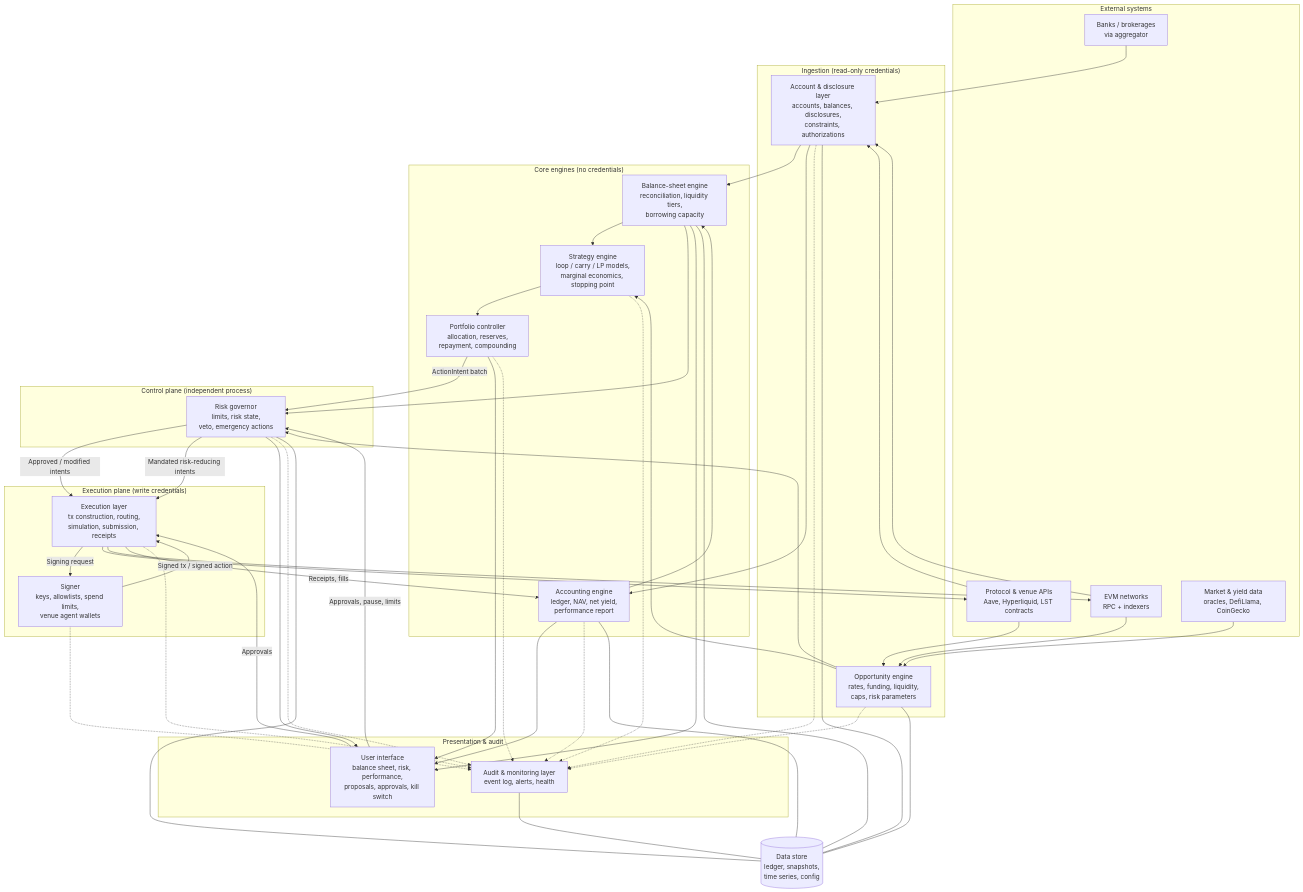
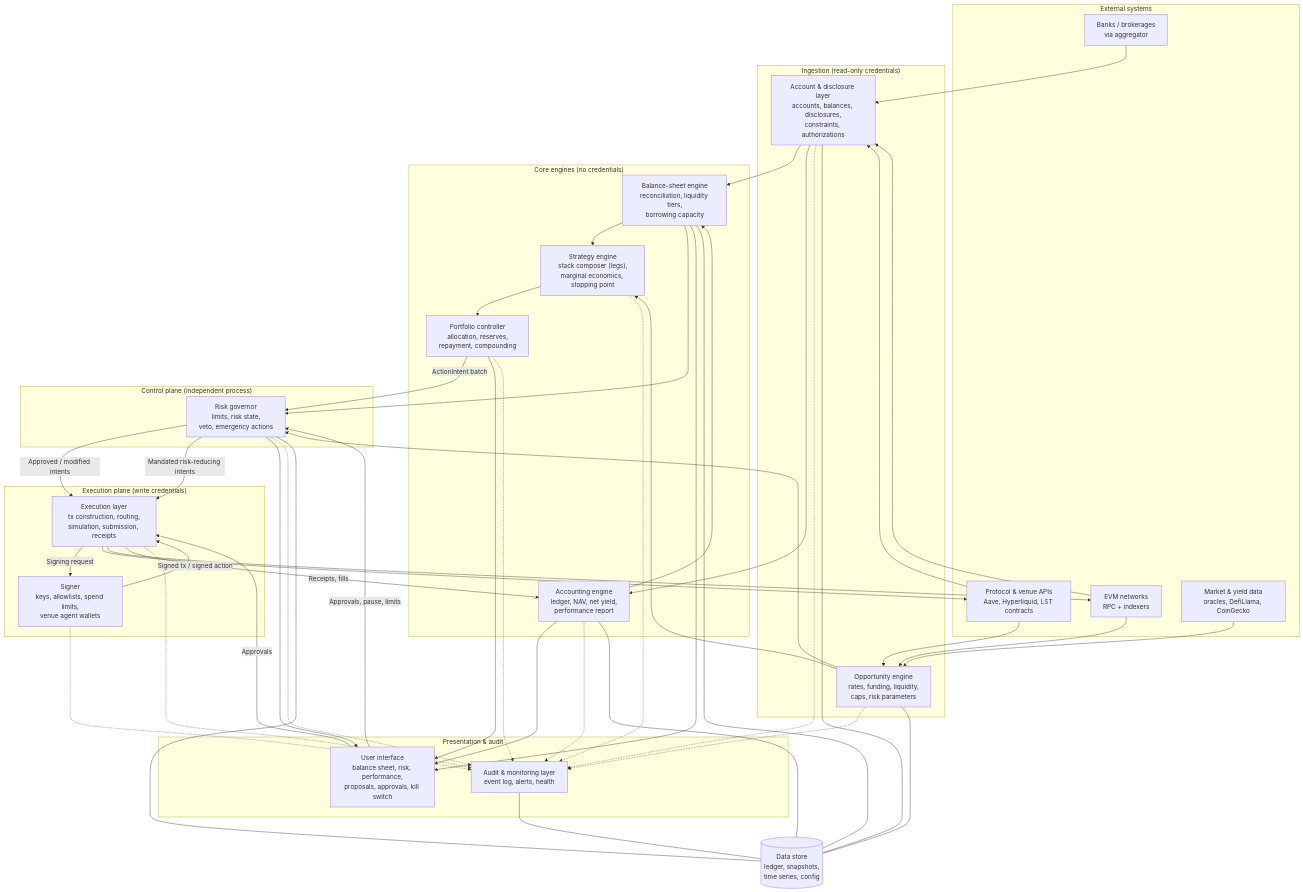
The first of 5 diagrams in docs/architecture.md (devennpatnaik/shadow-banking), drawn with Mermaid before and after one commit. The commit also changed other lines of this file and 5 other files, not shown here.

```diff
--- a/docs/architecture.md
+++ b/docs/architecture.md
@@ -39,7 +39,7 @@
 
     subgraph CORE["Core engines (no credentials)"]
         BSE["Balance-sheet engine<br/>reconciliation, liquidity tiers,<br/>borrowing capacity"]
-        STR["Strategy engine<br/>loop / carry / LP models,<br/>marginal economics, stopping point"]
+        STR["Strategy engine<br/>stack composer (legs),<br/>marginal economics, stopping point"]
         PC["Portfolio controller<br/>allocation, reserves,<br/>repayment, compounding"]
         ACC["Accounting engine<br/>ledger, NAV, net yield,<br/>performance report"]
     end
```
